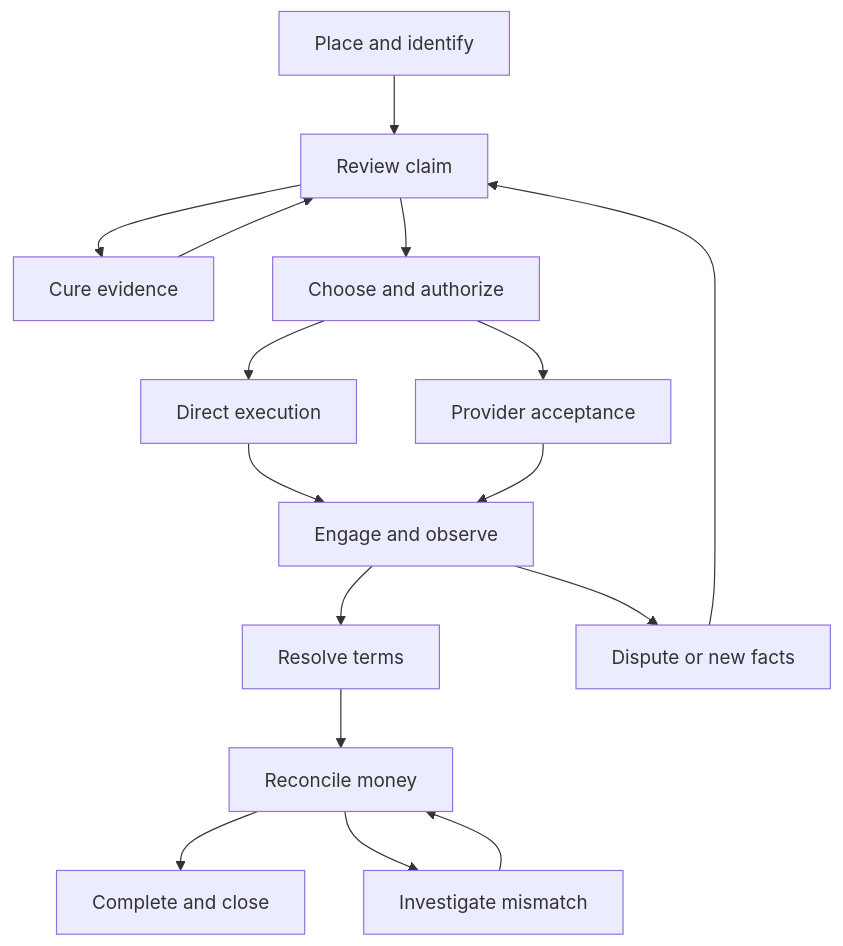
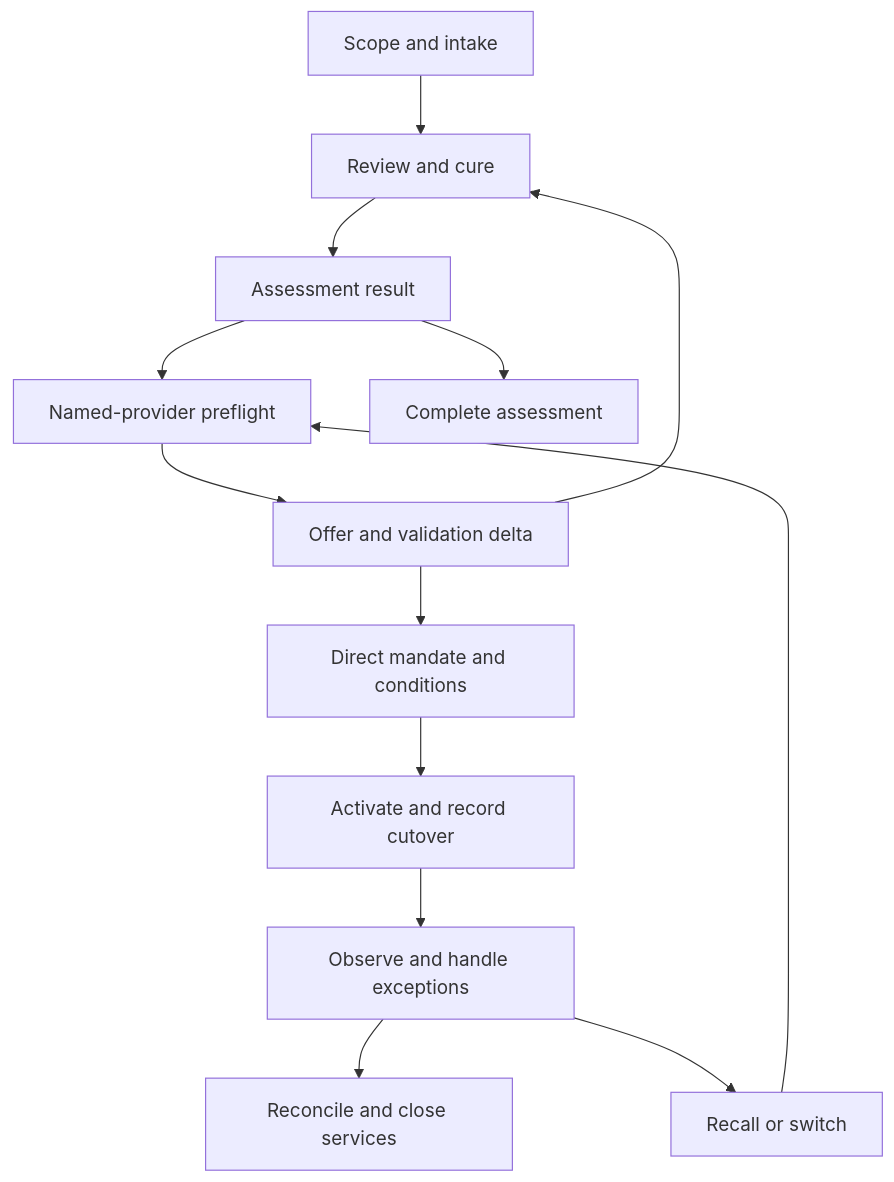
The diagram in docs/04-workflow-interaction-specification.md (vishal-baliga/global-recovery-engine), drawn with Mermaid before and after one commit. The commit also changed other lines of this file and 4 other files, not shown here.

Commit message:
docs: reconcile Trade operations, modular architecture and release proof

````diff
--- a/docs/04-workflow-interaction-specification.md
+++ b/docs/04-workflow-interaction-specification.md
@@ -175,18 +48,15 @@
 ```mermaid
 flowchart TD
-    A["Place and identify"] --> B["Review claim"]
-    B --> C["Cure evidence"]
-    C --> B
-    B --> D["Choose and authorize"]
-    D --> E["Direct execution"]
-    D --> F["Provider acceptance"]
-    E --> G["Engage and observe"]
-    F --> G
-    G --> H["Resolve terms"]
-    G --> I["Dispute or new facts"]
-    I --> B
-    H --> J["Reconcile money"]
-    J --> K["Complete and close"]
-    J --> L["Investigate mismatch"]
-    L --> J
+    A["Scope and intake"] --> B["Review and cure"]
+    B --> C["Assessment result"]
+    C --> D["Named-provider preflight"]
+    C --> E["Complete assessment"]
+    D --> F["Offer and validation delta"]
+    F --> B
+    F --> G["Direct mandate and conditions"]
+    G --> H["Activate and record cutover"]
+    H --> I["Observe and handle exceptions"]
+    I --> J["Reconcile and close services"]
+    I --> K["Recall or switch"]
+    K --> D
 ```
````
